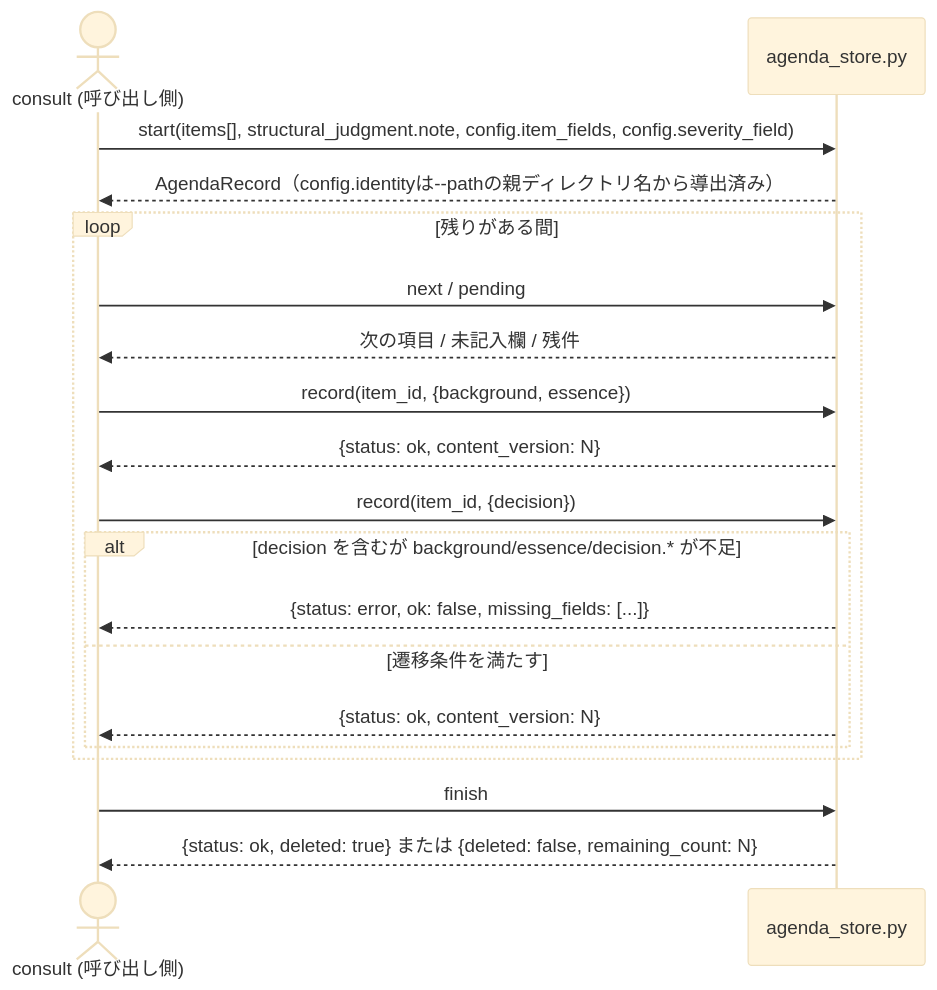
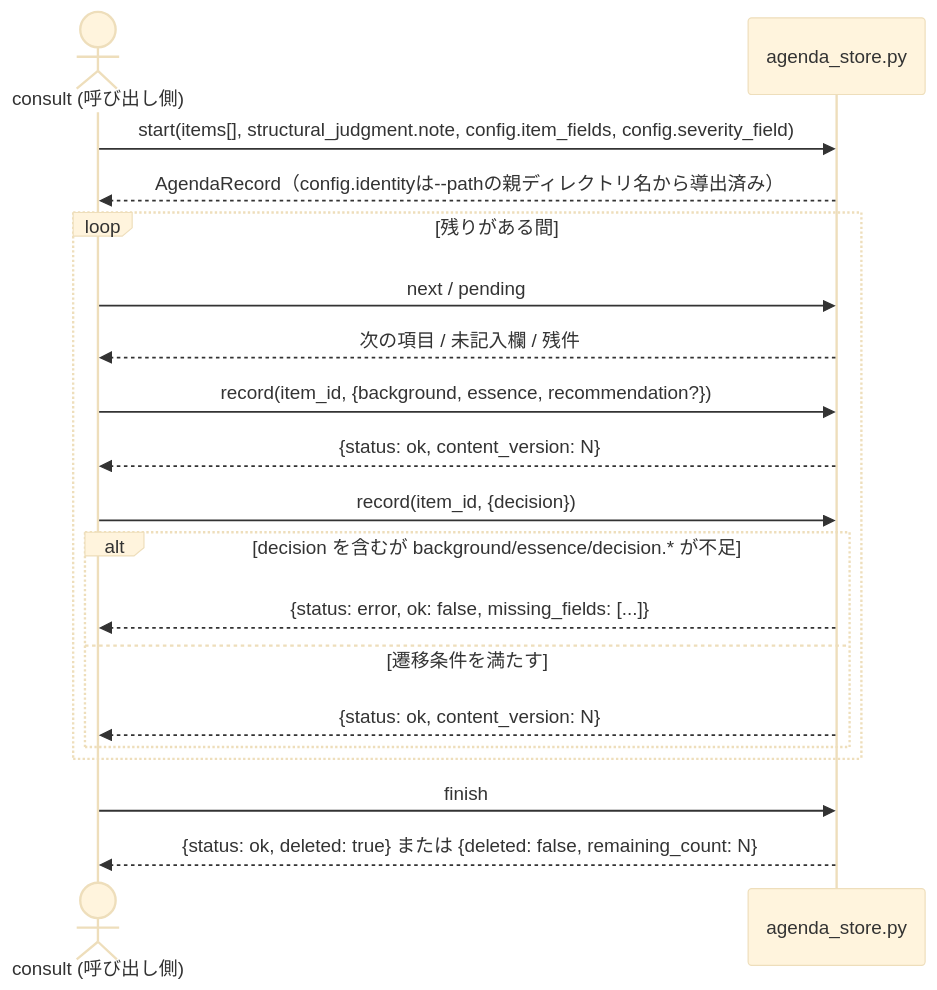
One commit to BlueEventHorizon/bw-cc-plugins changed the third of 3 diagrams in docs/specs/consult/agenda/design/DES-075_agenda_mechanism_design.md. Above: the diagram before and after it, drawn with Mermaid (base theme). The commit also changed other lines of this file and 9 other files, not shown here.

````diff
--- a/docs/specs/consult/agenda/design/DES-075_agenda_mechanism_design.md
+++ b/docs/specs/consult/agenda/design/DES-075_agenda_mechanism_design.md
@@ -247,26 +253,26 @@
 ```mermaid
 sequenceDiagram
     actor Consult as consult (呼び出し側)
     participant Store as agenda_store.py
 
     Consult ->> Store: start(items[], structural_judgment.note, config.item_fields, config.severity_field)
     Store -->> Consult: AgendaRecord（config.identityは--pathの親ディレクトリ名から導出済み）
 
     loop 残りがある間
         Consult ->> Store: next / pending
         Store -->> Consult: 次の項目 / 未記入欄 / 残件
 
-        Consult ->> Store: record(item_id, {background, essence})
+        Consult ->> Store: record(item_id, {background, essence, recommendation?})
         Store -->> Consult: {status: ok, content_version: N}
 
         Consult ->> Store: record(item_id, {decision})
         alt decision を含むが background/essence/decision.* が不足
             Store -->> Consult: {status: error, ok: false, missing_fields: [...]}
         else 遷移条件を満たす
             Store -->> Consult: {status: ok, content_version: N}
         end
     end
 
     Consult ->> Store: finish
     Store -->> Consult: {status: ok, deleted: true} または {deleted: false, remaining_count: N}
 ```
````
